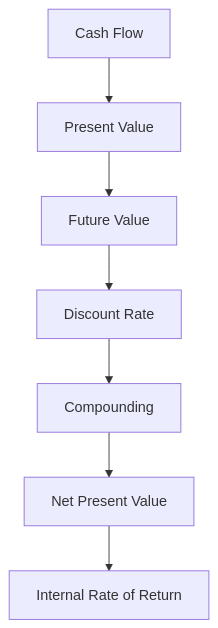
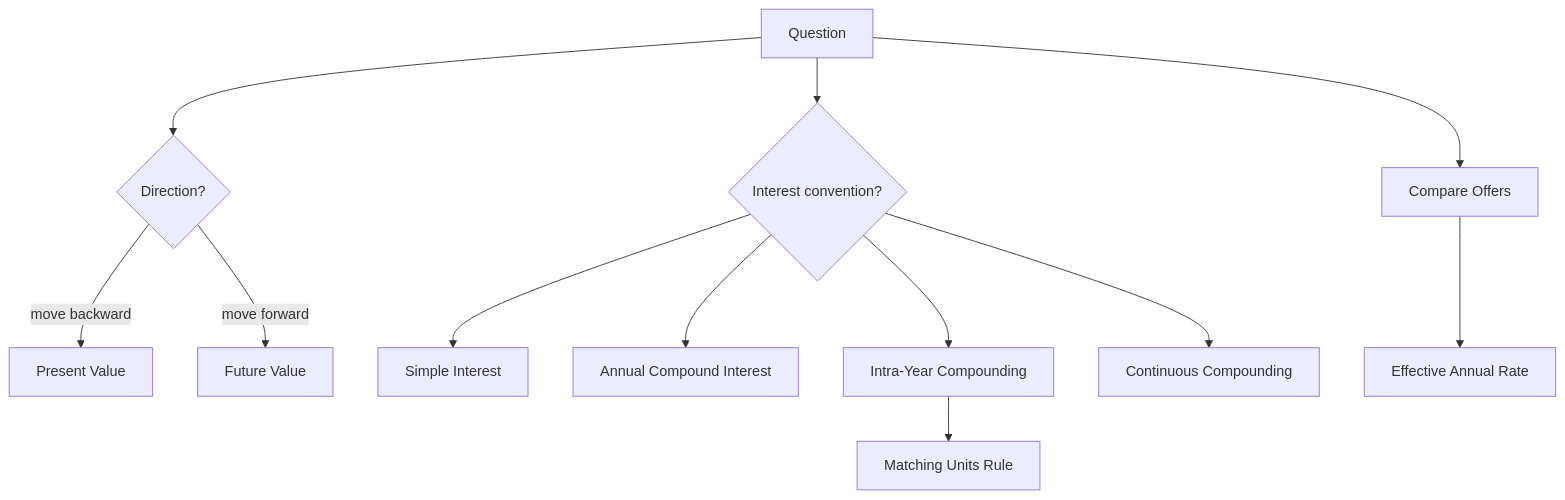
The diagram in finance-and-investment-management/wiki/exercise-01-02-interest-calculation/CONTEXT.md (aerkn1/TUM-semester-2), drawn with Mermaid before and after one commit. The commit also changed other lines of this file and 23 other files, not shown here.

````diff
--- a/finance-and-investment-management/wiki/exercise-01-02-interest-calculation/CONTEXT.md
+++ b/finance-and-investment-management/wiki/exercise-01-02-interest-calculation/CONTEXT.md
@@ -52,16 +52,14 @@
 ```mermaid
 flowchart TD
-    N1[Cash Flow]
-    N2[Present Value]
-    N1 --> N2
-    N3[Future Value]
-    N2 --> N3
-    N4[Discount Rate]
-    N3 --> N4
-    N5[Compounding]
-    N4 --> N5
-    N6[Net Present Value]
-    N5 --> N6
-    N7[Internal Rate of Return]
-    N6 --> N7
+    Q[Question] --> DIR{Direction?}
+    DIR -->|move backward| PV[Present Value]
+    DIR -->|move forward| FV[Future Value]
+    Q --> CONV{Interest convention?}
+    CONV --> SIMPLE[Simple Interest]
+    CONV --> COMP[Annual Compound Interest]
+    CONV --> INTRA[Intra-Year Compounding]
+    CONV --> CONT[Continuous Compounding]
+    Q --> CMP[Compare Offers]
+    CMP --> EAR[Effective Annual Rate]
+    INTRA --> MATCH[Matching Units Rule]
 ```
````
